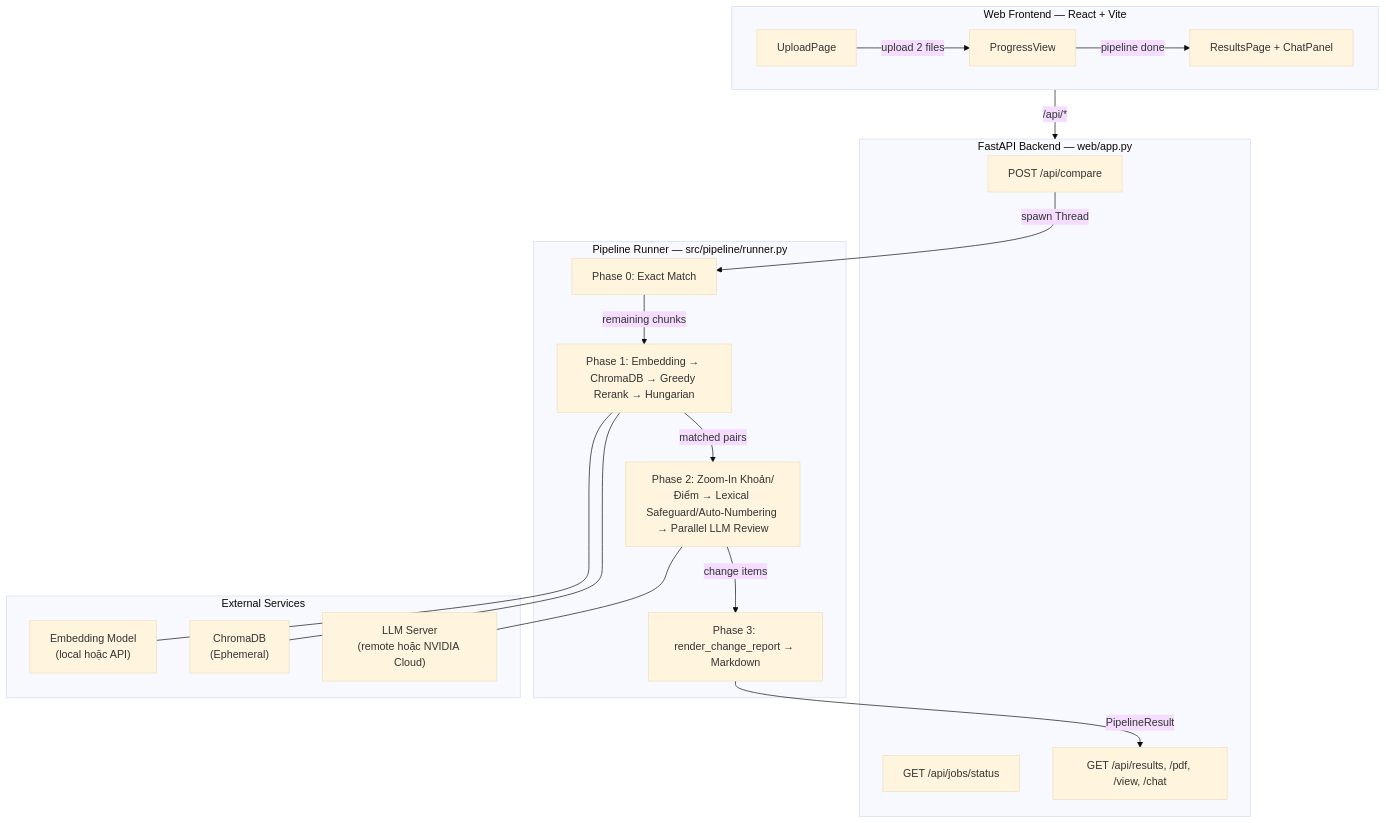
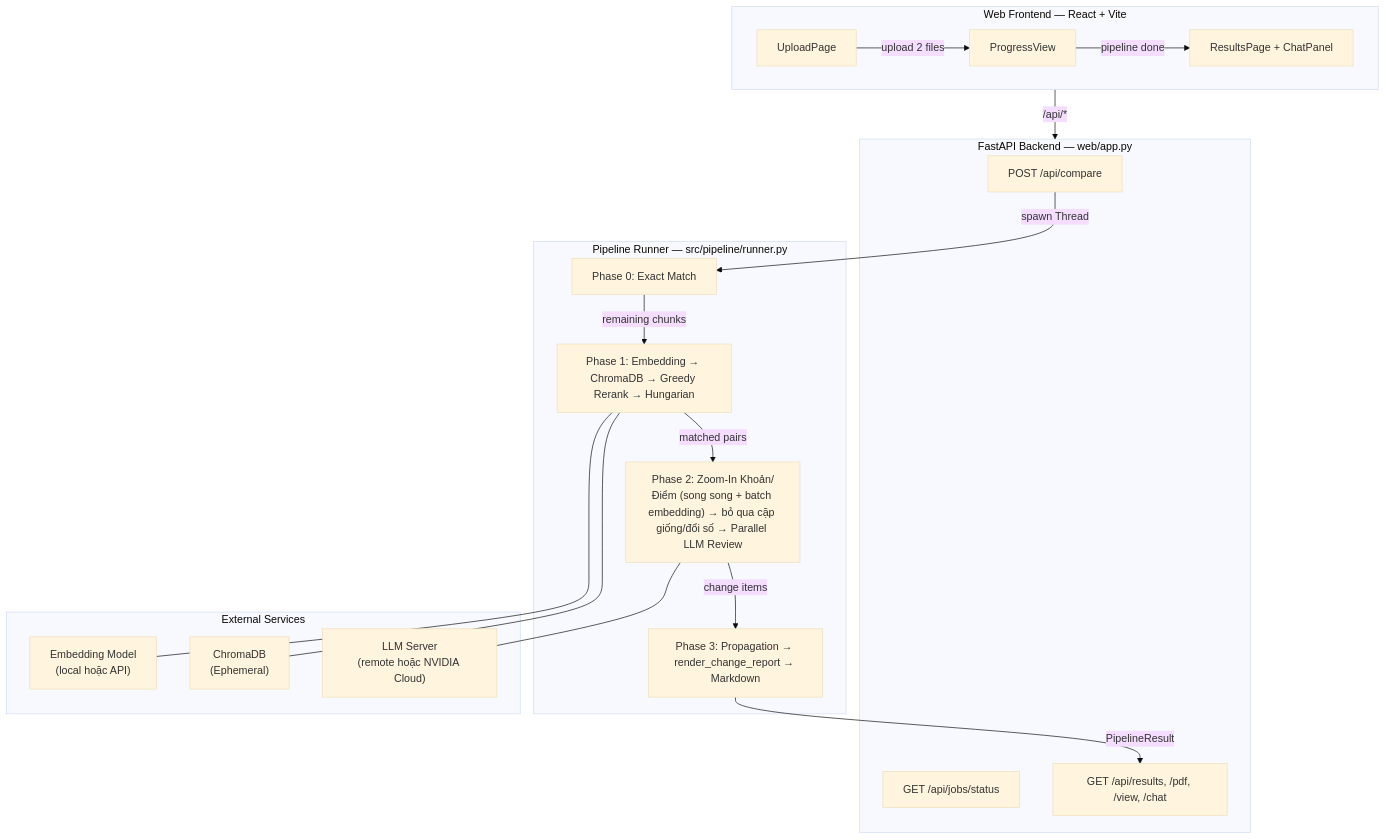
One commit to haiphong-0132/legal-doc-diff-rag changed the second of 2 diagrams in README.md. Above: the diagram before and after it, drawn with Mermaid (base theme). The commit also changed other lines of this file, not shown here.

````diff
--- a/README.md
+++ b/README.md
@@ -404,39 +428,39 @@
 ```mermaid
 graph TD
     subgraph Frontend["Web Frontend — React + Vite"]
         UP["UploadPage"]
         PV["ProgressView"]
         RP["ResultsPage + ChatPanel"]
         UP -->|upload 2 files| PV
         PV -->|pipeline done| RP
     end
 
     subgraph Backend["FastAPI Backend — web/app.py"]
         COMPARE["POST /api/compare"]
         STATUS["GET /api/jobs/status"]
         RESULTS["GET /api/results, /pdf, /view, /chat"]
     end
 
     subgraph Pipeline["Pipeline Runner — src/pipeline/runner.py"]
         P0["Phase 0: Exact Match"]
         P1["Phase 1: Embedding → ChromaDB → Greedy Rerank → Hungarian"]
-        P2["Phase 2: Zoom-In Khoản/Điểm → Lexical Safeguard/Auto-Numbering → Parallel LLM Review"]
-        P3["Phase 3: render_change_report → Markdown"]
+        P2["Phase 2: Zoom-In Khoản/Điểm (song song + batch embedding) → bỏ qua cặp giống/đổi số → Parallel LLM Review"]
+        P3["Phase 3: Propagation → render_change_report → Markdown"]
         P0 -->|remaining chunks| P1
         P1 -->|matched pairs| P2
         P2 -->|change items| P3
     end
 
     subgraph Services["External Services"]
         EMB["Embedding Model\n(local hoặc API)"]
         CHROMA["ChromaDB\n(Ephemeral)"]
         LLM["LLM Server\n(remote hoặc NVIDIA Cloud)"]
     end
 
     Frontend -->|/api/*| Backend
     COMPARE -->|spawn Thread| P0
     P1 --- EMB
     P1 --- CHROMA
     P2 --- LLM
     P3 -->|PipelineResult| RESULTS
 ```
````
